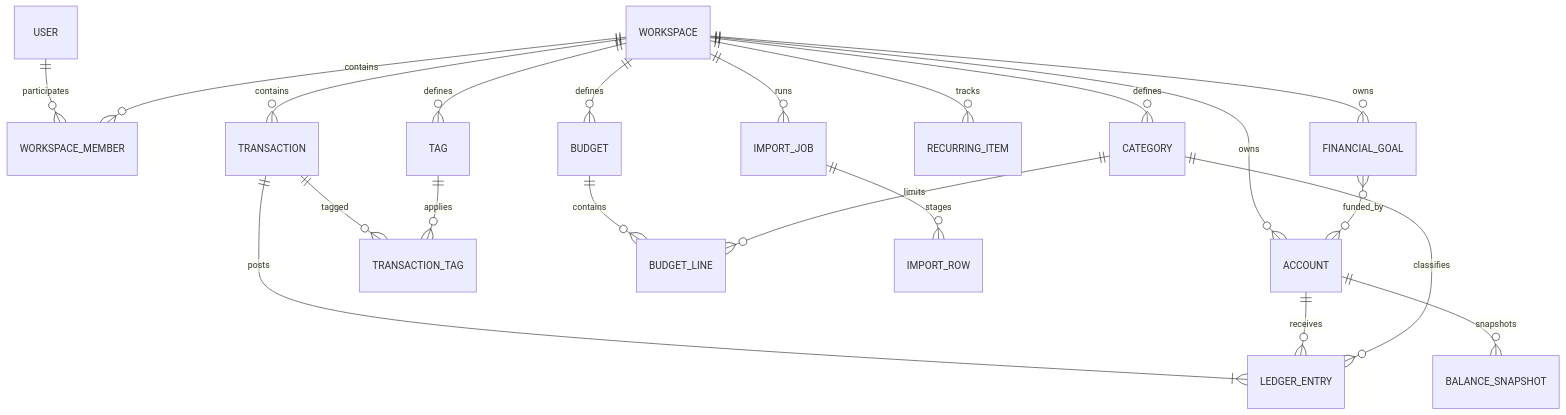
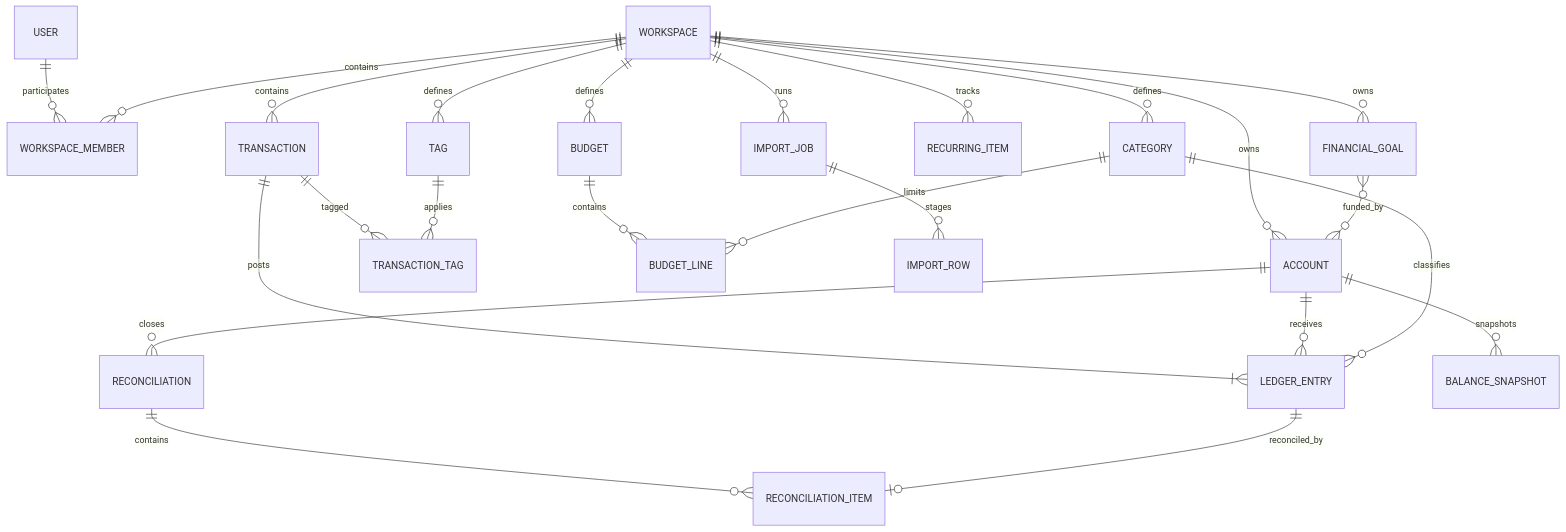
Before and after one commit to Xien04/Financial-services: the diagram in docs/PRODUCT_ARCHITECTURE.md, drawn with Mermaid. The commit also changed other lines of this file and 4 other files, not shown here.

````diff
--- a/docs/PRODUCT_ARCHITECTURE.md
+++ b/docs/PRODUCT_ARCHITECTURE.md
@@ -138,23 +140,26 @@
 ```mermaid
 erDiagram
     USER ||--o{ WORKSPACE_MEMBER : participates
     WORKSPACE ||--o{ WORKSPACE_MEMBER : contains
     WORKSPACE ||--o{ ACCOUNT : owns
     WORKSPACE ||--o{ CATEGORY : defines
     WORKSPACE ||--o{ TAG : defines
     WORKSPACE ||--o{ TRANSACTION : contains
     TRANSACTION ||--|{ LEDGER_ENTRY : posts
     TRANSACTION ||--o{ TRANSACTION_TAG : tagged
     TAG ||--o{ TRANSACTION_TAG : applies
     ACCOUNT ||--o{ LEDGER_ENTRY : receives
     CATEGORY ||--o{ LEDGER_ENTRY : classifies
+    ACCOUNT ||--o{ RECONCILIATION : closes
+    RECONCILIATION ||--o{ RECONCILIATION_ITEM : contains
+    LEDGER_ENTRY ||--o| RECONCILIATION_ITEM : reconciled_by
     WORKSPACE ||--o{ BUDGET : defines
     BUDGET ||--o{ BUDGET_LINE : contains
     CATEGORY ||--o{ BUDGET_LINE : limits
     WORKSPACE ||--o{ RECURRING_ITEM : tracks
     WORKSPACE ||--o{ FINANCIAL_GOAL : owns
     FINANCIAL_GOAL }o--o{ ACCOUNT : funded_by
     ACCOUNT ||--o{ BALANCE_SNAPSHOT : snapshots
     WORKSPACE ||--o{ IMPORT_JOB : runs
     IMPORT_JOB ||--o{ IMPORT_ROW : stages
 ```
````
